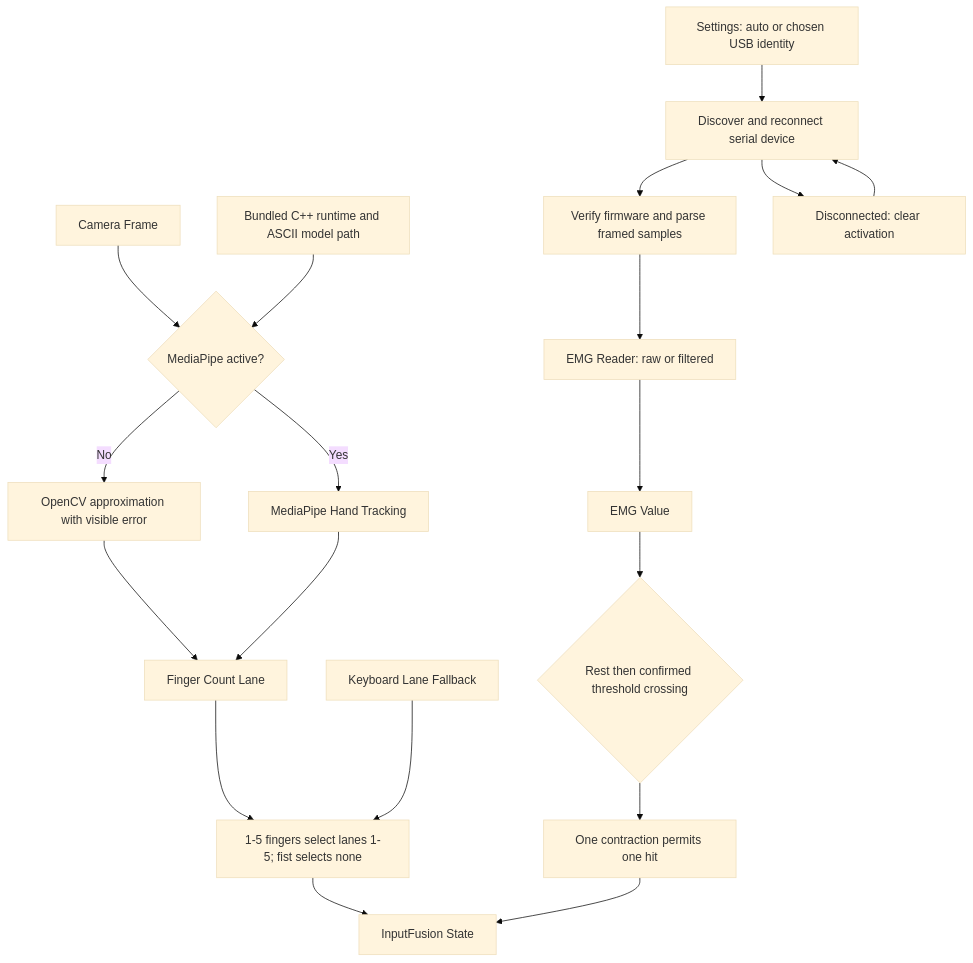
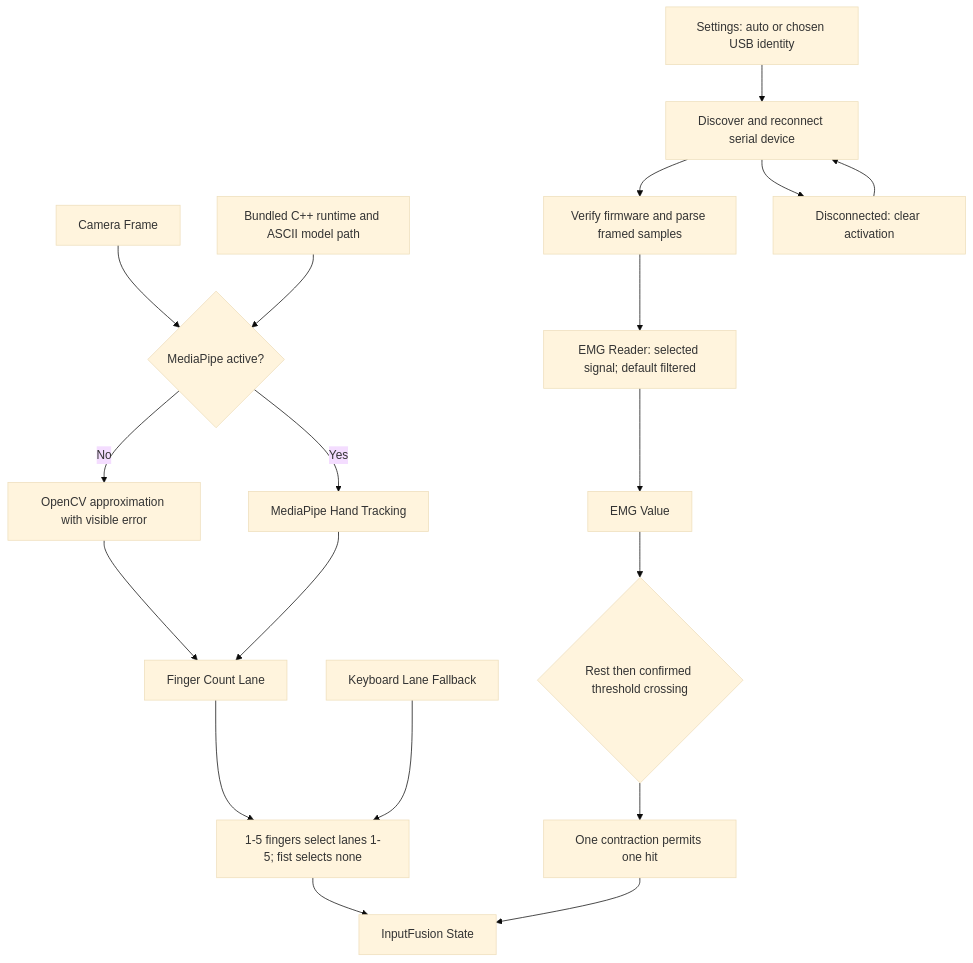
Before and after one commit to didtjr5080/Rythm-Game: the diagram in diagrams/input-flow.md, drawn with Mermaid (base theme). The commit also changed 9 other files, not shown here.

Commit message:
Ship tested filtered EMG defaults and calibrated threshold 12

````diff
--- a/diagrams/input-flow.md
+++ b/diagrams/input-flow.md
@@ -3,21 +3,21 @@
 ```mermaid
 graph TD
     A[Camera Frame] --> M{MediaPipe active?}
     RUNTIME[Bundled C++ runtime and ASCII model path] --> M
     M -- Yes --> B[MediaPipe Hand Tracking]
     M -- No --> FALLBACK[OpenCV approximation with visible error]
     FALLBACK --> C
     B --> C[Finger Count Lane]
     C --> D[1-5 fingers select lanes 1-5; fist selects none]
     E[Keyboard Lane Fallback] --> D
     P[Settings: auto or chosen USB identity] --> Q[Discover and reconnect serial device]
     Q --> R[Verify firmware and parse framed samples]
-    R --> F[EMG Reader: raw or filtered]
+    R --> F[EMG Reader: selected signal; default filtered]
     F --> G[EMG Value]
     Q --> S[Disconnected: clear activation]
     S --> Q
     G --> H{Rest then confirmed threshold crossing}
     H --> I[One contraction permits one hit]
     D --> J[InputFusion State]
     I --> J
 ```
````
